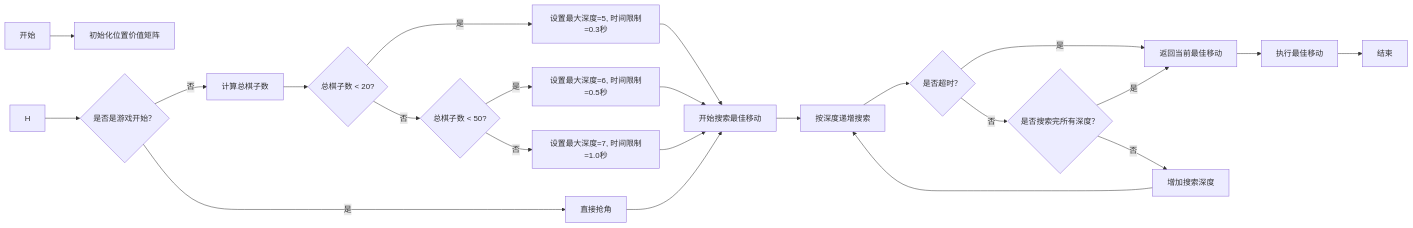
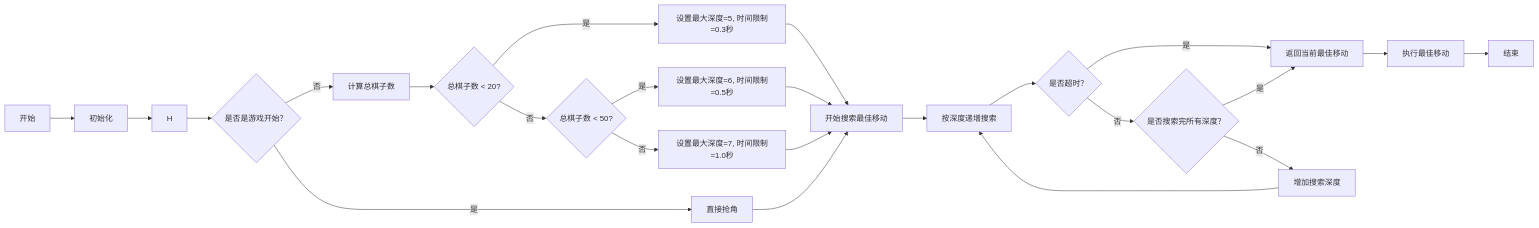
The diagram in all/未命名.md (SeeleWelt/iodraw-files), drawn with Mermaid before and after one commit.

Commit message:
2025-06-06 10:20:30 update

````diff
--- a/all/未命名.md
+++ b/all/未命名.md
@@ -1,26 +1,26 @@
 ```mermaid
 graph LR
     A[开始] --> B[初始化位置价值矩阵]
-    B
+    B[初始化]-->
     H --> I{是否是游戏开始？}
     I -->|是| J[直接抢角]
     I -->|否| K[计算总棋子数]
     K --> L{总棋子数 < 20?}
     L -->|是| M[设置最大深度=5, 时间限制=0.3秒]
     L -->|否| N{总棋子数 < 50?}
     N -->|是| O[设置最大深度=6, 时间限制=0.5秒]
     N -->|否| P[设置最大深度=7, 时间限制=1.0秒]
     M --> Q[开始搜索最佳移动]
     O --> Q
     P --> Q
     J --> Q
     Q --> R[按深度递增搜索]
     R --> S{是否超时？}
     S -->|是| T[返回当前最佳移动]
     S -->|否| U{是否搜索完所有深度？}
     U -->|是| T
     U -->|否| V[增加搜索深度]
     V --> R
     T --> W[执行最佳移动]
     W --> X[结束]
 ```
````
